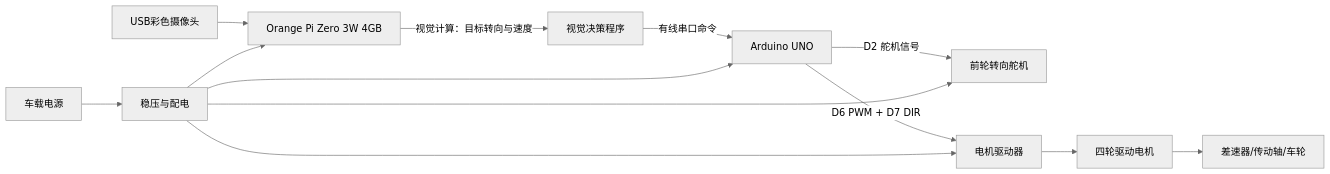
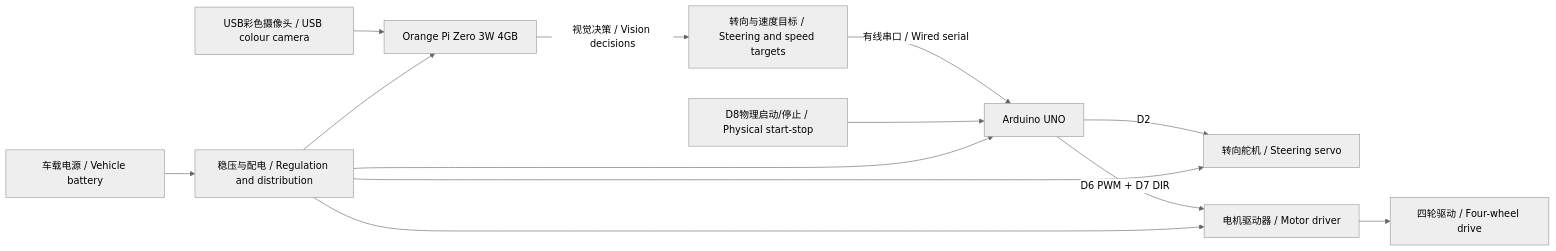
The diagram in README.md (chinaxueyuannew/wro2026-nanjingBSSN), drawn with Mermaid (neutral theme) before and after one commit. The commit also changed other lines of this file and 30 other files, not shown here.

````diff
--- a/README.md
+++ b/README.md
@@ -126,15 +137,15 @@
 ```mermaid
 flowchart LR
-  CAM[USB彩色摄像头] --> OPI[Orange Pi Zero 3W 4GB]
-  OPI -->|视觉计算：目标转向与速度| PLAN[视觉决策程序]
-  PLAN -->|有线串口命令| MCU[Arduino UNO]
-  MCU -->|D2 舵机信号| SERVO[前轮转向舵机]
-  MCU -->|D6 PWM + D7 DIR| DRIVER[电机驱动器]
-  DRIVER --> MOTOR[四轮驱动电机]
-  MOTOR --> DRIVE[差速器/传动轴/车轮]
-  BAT[车载电源] --> REG[稳压与配电]
+  CAM["USB彩色摄像头 / USB colour camera"] --> OPI["Orange Pi Zero 3W 4GB"]
+  OPI -->|"视觉决策 / Vision decisions"| PLAN["转向与速度目标 / Steering and speed targets"]
+  PLAN -->|"有线串口 / Wired serial"| MCU["Arduino UNO"]
+  MCU -->|"D2"| SERVO["转向舵机 / Steering servo"]
+  MCU -->|"D6 PWM + D7 DIR"| DRIVER["电机驱动器 / Motor driver"]
+  BUTTON["D8物理启动/停止 / Physical start-stop"] --> MCU
+  DRIVER --> MOTOR["四轮驱动 / Four-wheel drive"]
+  BAT["车载电源 / Vehicle battery"] --> REG["稳压与配电 / Regulation and distribution"]
+  REG --> OPI
   REG --> MCU
-  REG --> OPI
   REG --> SERVO
   REG --> DRIVER
 ```
````
